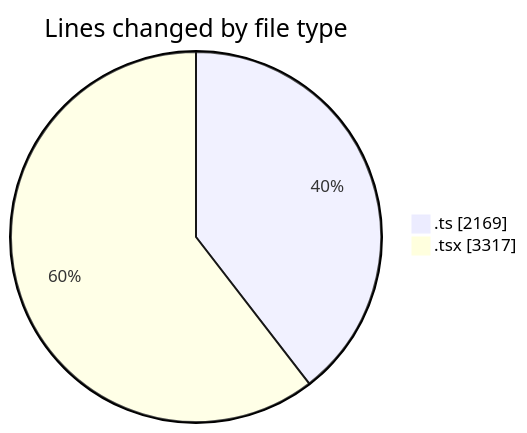
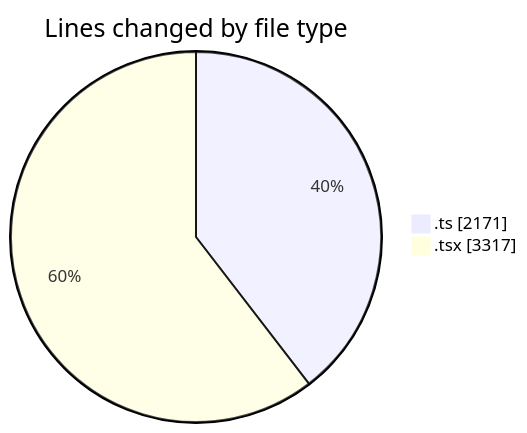
The first of 2 diagrams in 2026-03-12/nxtqube_webapp/README.md (nxtqubesakshisongat/code-tracking), drawn with Mermaid before and after one commit. The commit also changed other lines of this file and 1 other file, not shown here.

````diff
--- a/2026-03-12/nxtqube_webapp/README.md
+++ b/2026-03-12/nxtqube_webapp/README.md
@@ -32,6 +32,6 @@
 ```mermaid
 pie showData
 title Lines changed by file type
-".ts" : 2169
+".ts" : 2171
 ".tsx" : 3317
 ```
````
